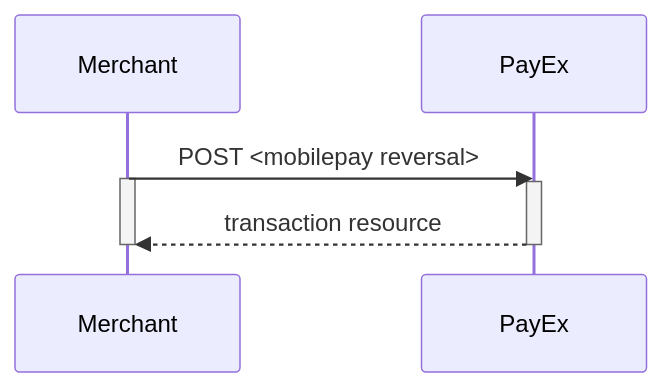
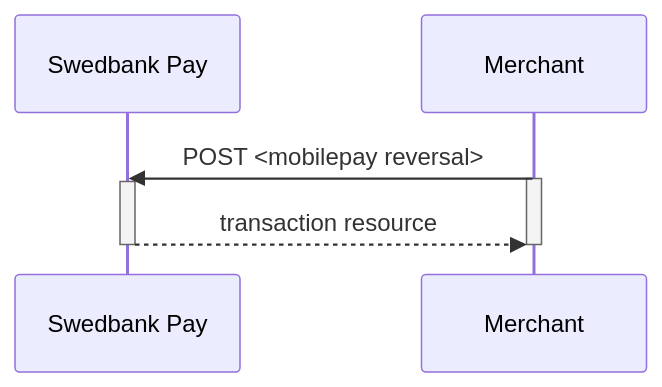
One commit to SwedbankPay/developer.swedbankpay.com changed the third of 3 diagrams in payments/mobile-pay/other-features.md. Above: the diagram before and after it, drawn with Mermaid. The commit also changed other lines of this file and 8 other files, not shown here.

Commit message:
DX-1089: Replace PayEx with Swedbank Pay

````diff
--- a/payments/mobile-pay/other-features.md
+++ b/payments/mobile-pay/other-features.md
@@ -459,9 +463,11 @@
 ```mermaid
 sequenceDiagram
-  Merchant->>PayEx: POST <mobilepay reversal>
-  Activate Merchant
-  Activate PayEx
-  PayEx-->>Merchant: transaction resource
-  Deactivate PayEx
-  Deactivate Merchant
+  participant SwedbankPay as Swedbank Pay
+
+  Merchant->>SwedbankPay: POST <mobilepay reversal>
+  activate Merchant
+  activate SwedbankPay
+  SwedbankPay-->>Merchant: transaction resource
+  deactivate SwedbankPay
+  deactivate Merchant
 ```
````
